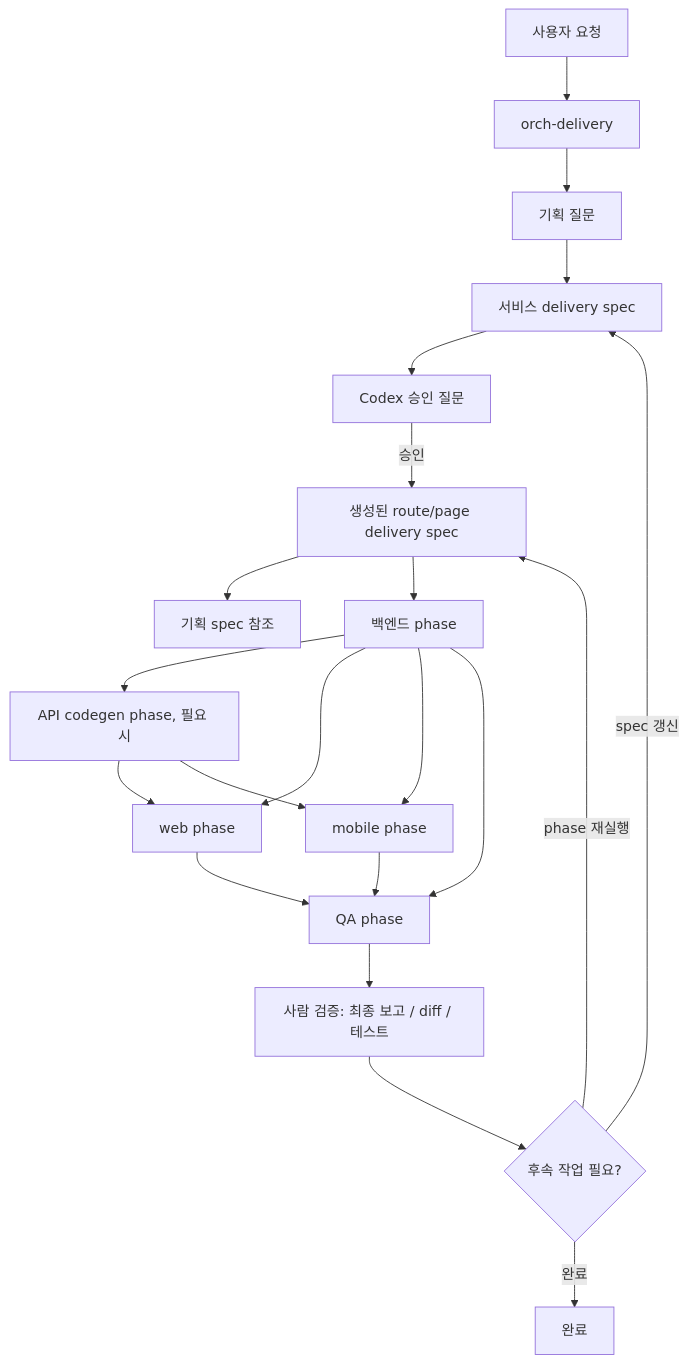
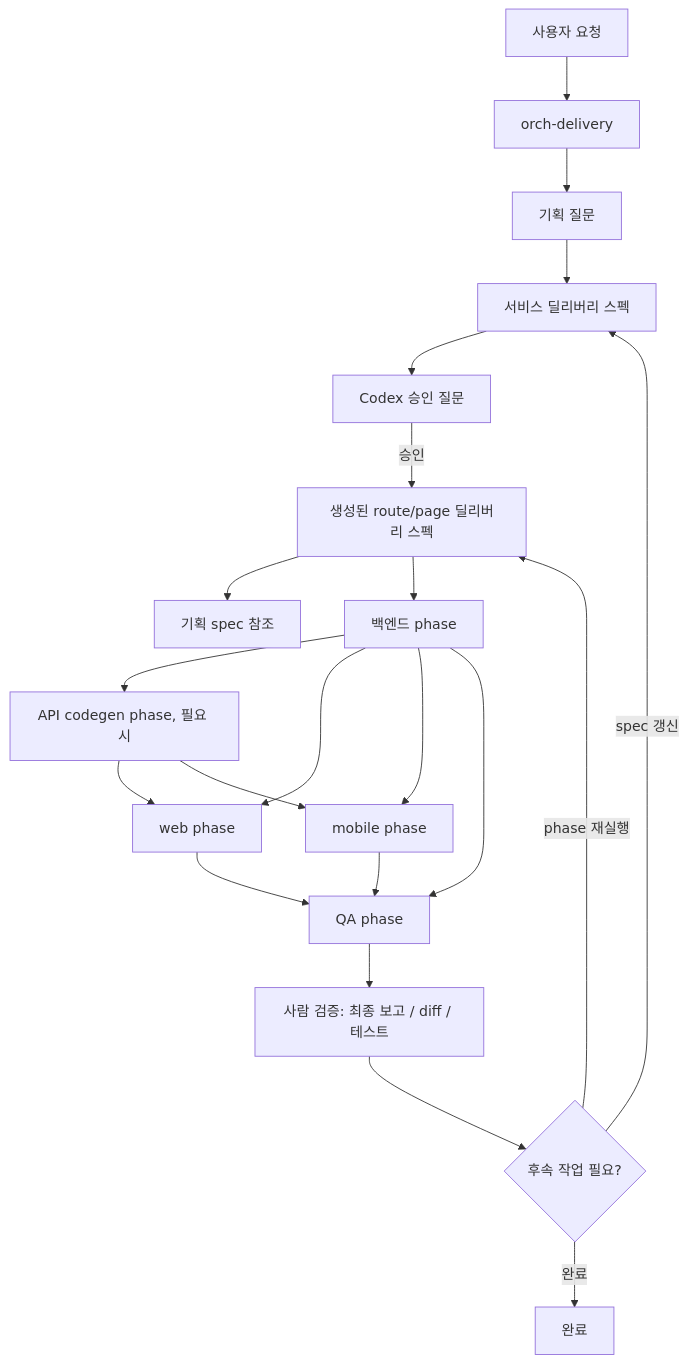
Before and after one commit to kimjoongwon/prj-core: the first of 6 diagrams in docs/orchestration-agent-relationship-flow.md, drawn with Mermaid. The commit also changed other lines of this file and 214 other files, not shown here.

````diff
--- a/docs/orchestration-agent-relationship-flow.md
+++ b/docs/orchestration-agent-relationship-flow.md
@@ -10,24 +10,24 @@
 ```mermaid
 flowchart TD
   Request["사용자 요청"] --> Delivery["orch-delivery"]
   Delivery --> Discovery["기획 질문"]
-  Discovery --> ServiceSpec["서비스 delivery spec"]
+  Discovery --> ServiceSpec["서비스 딜리버리 스펙"]
   ServiceSpec --> Ask["Codex 승인 질문"]
-  Ask -->|승인| RouteSpecs["생성된 route/page delivery spec"]
+  Ask -->|승인| RouteSpecs["생성된 route/page 딜리버리 스펙"]
   RouteSpecs --> Planning["기획 spec 참조"]
   RouteSpecs --> Backend["백엔드 phase"]
   Backend --> Codegen["API codegen phase, 필요 시"]
   Codegen --> Web["web phase"]
   Codegen --> Mobile["mobile phase"]
   Backend --> Web
   Backend --> Mobile
   Web --> QA["QA phase"]
   Mobile --> QA
   Backend --> QA
 
   QA --> HumanReview["사람 검증: 최종 보고 / diff / 테스트"]
   HumanReview --> Decision{"후속 작업 필요?"}
   Decision -->|spec 갱신| ServiceSpec
   Decision -->|phase 재실행| RouteSpecs
   Decision -->|완료| Done["완료"]
 ```
````
